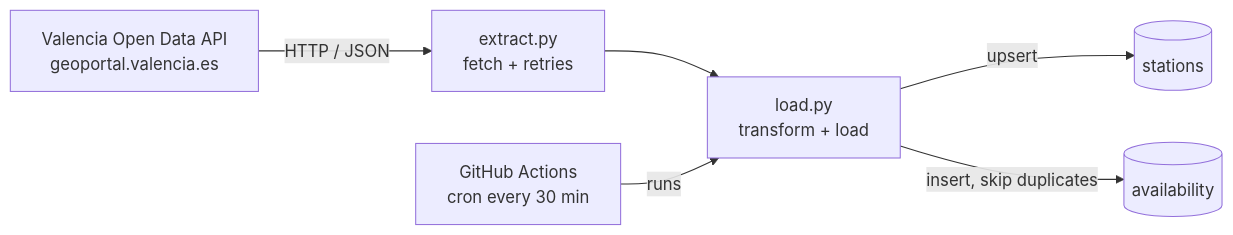
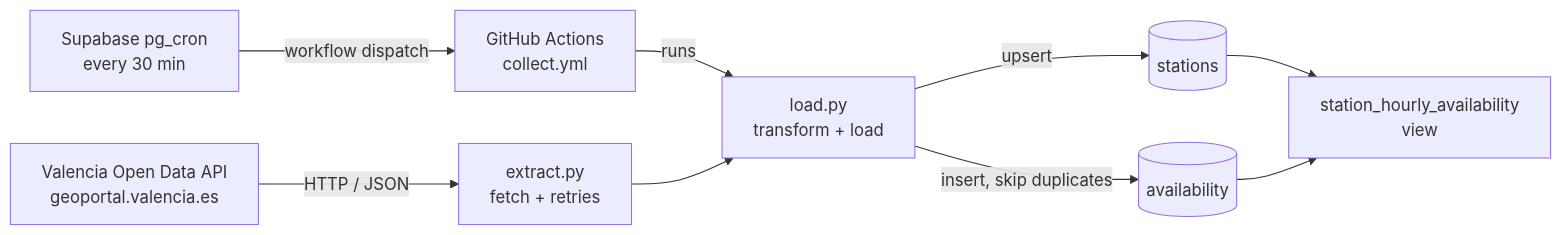
One commit to daniv14-hub/valenbisi-pipeline changed the diagram in README.md. Above: the diagram before and after it, drawn with Mermaid. The commit also changed other lines of this file, not shown here.

Commit message:
Update README: pg_cron scheduling and analysis layer

````diff
--- a/README.md
+++ b/README.md
@@ -10,8 +11,11 @@
 ```mermaid
 flowchart LR
+    G[Supabase pg_cron<br/>every 30 min] -->|workflow dispatch| F[GitHub Actions<br/>collect.yml]
+    F -->|runs| C
     A[Valencia Open Data API<br/>geoportal.valencia.es] -->|HTTP / JSON| B[extract.py<br/>fetch + retries]
     B --> C[load.py<br/>transform + load]
     C -->|upsert| D[(stations)]
     C -->|insert, skip duplicates| E[(availability)]
-    F[GitHub Actions<br/>cron every 30 min] -->|runs| C
+    D --> V[station_hourly_availability<br/>view]
+    E --> V
 ```
````
